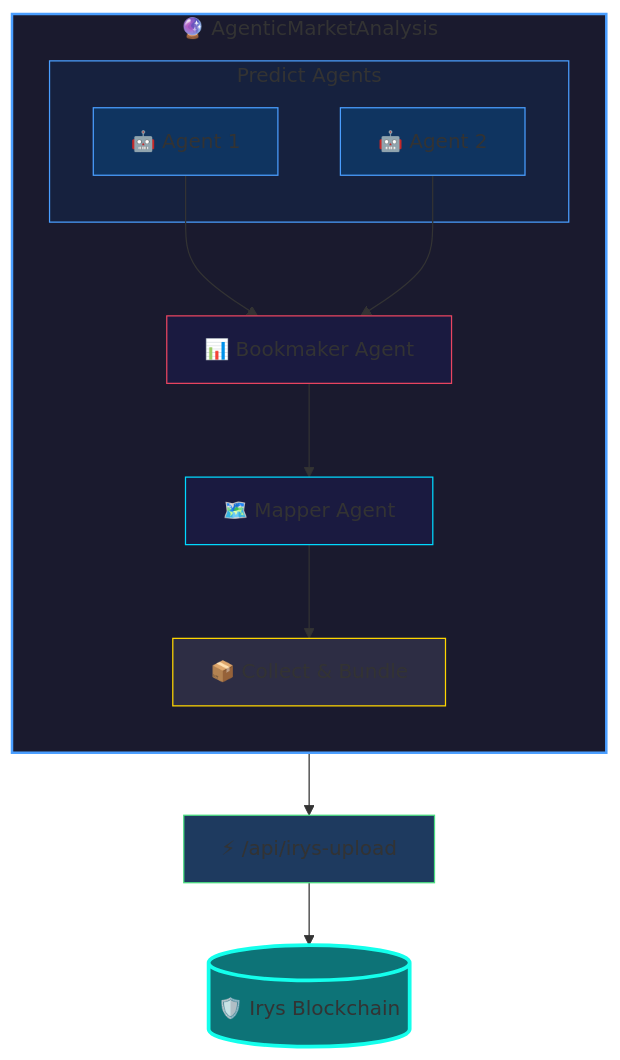
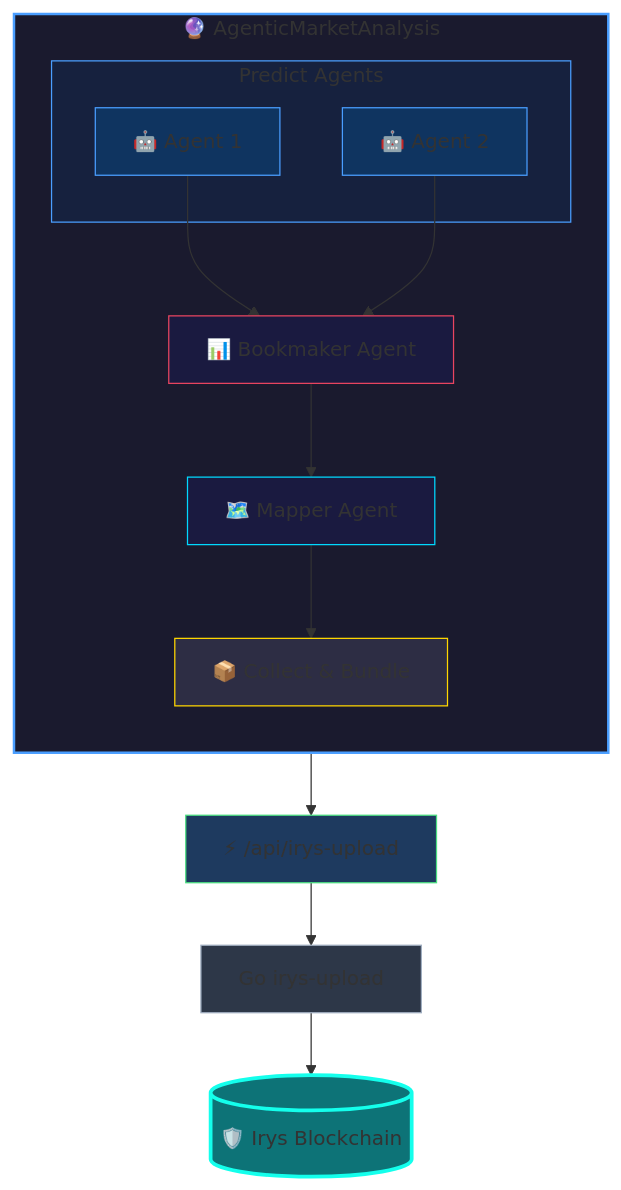
Before and after one commit to morpheumstreet/PredictOS: the diagram in docs/guides/verifiable-agents.md, drawn with Mermaid. The commit also changed other lines of this file and 17 other files, not shown here.

````diff
--- a/docs/guides/verifiable-agents.md
+++ b/docs/guides/verifiable-agents.md
@@ -208,33 +203,35 @@
 ```mermaid
 flowchart TB
     subgraph AMA["🔮 AgenticMarketAnalysis"]
         direction TB
         
         subgraph Agents["Predict Agents"]
             A1["🤖 Agent 1"]
             A2["🤖 Agent 2"]
         end
         
         BA["📊 Bookmaker Agent"]
         MA["🗺️ Mapper Agent"]
         
         A1 & A2 --> BA
         BA --> MA
         
         CB["📦 Collect & Bundle"]
         MA --> CB
     end
     
     CB --> API["⚡ /api/irys-upload"]
-    API --> IRYS[("🛡️ Irys Blockchain")]
+    API --> GoSvc["Go irys-upload"]
+    GoSvc --> IRYS[("🛡️ Irys Blockchain")]
     
     style AMA fill:#1a1a2e,stroke:#4a9eff,stroke-width:2px
     style Agents fill:#16213e,stroke:#4a9eff,stroke-width:1px
     style A1 fill:#0f3460,stroke:#4a9eff
     style A2 fill:#0f3460,stroke:#4a9eff
     style BA fill:#1a1a40,stroke:#e94560
     style MA fill:#1a1a40,stroke:#00d9ff
     style CB fill:#2d2d44,stroke:#ffd700
     style API fill:#1e3a5f,stroke:#4ade80
+    style GoSvc fill:#2d3748,stroke:#a0aec0
     style IRYS fill:#0d7377,stroke:#14ffec,stroke-width:3px
 ```
````
